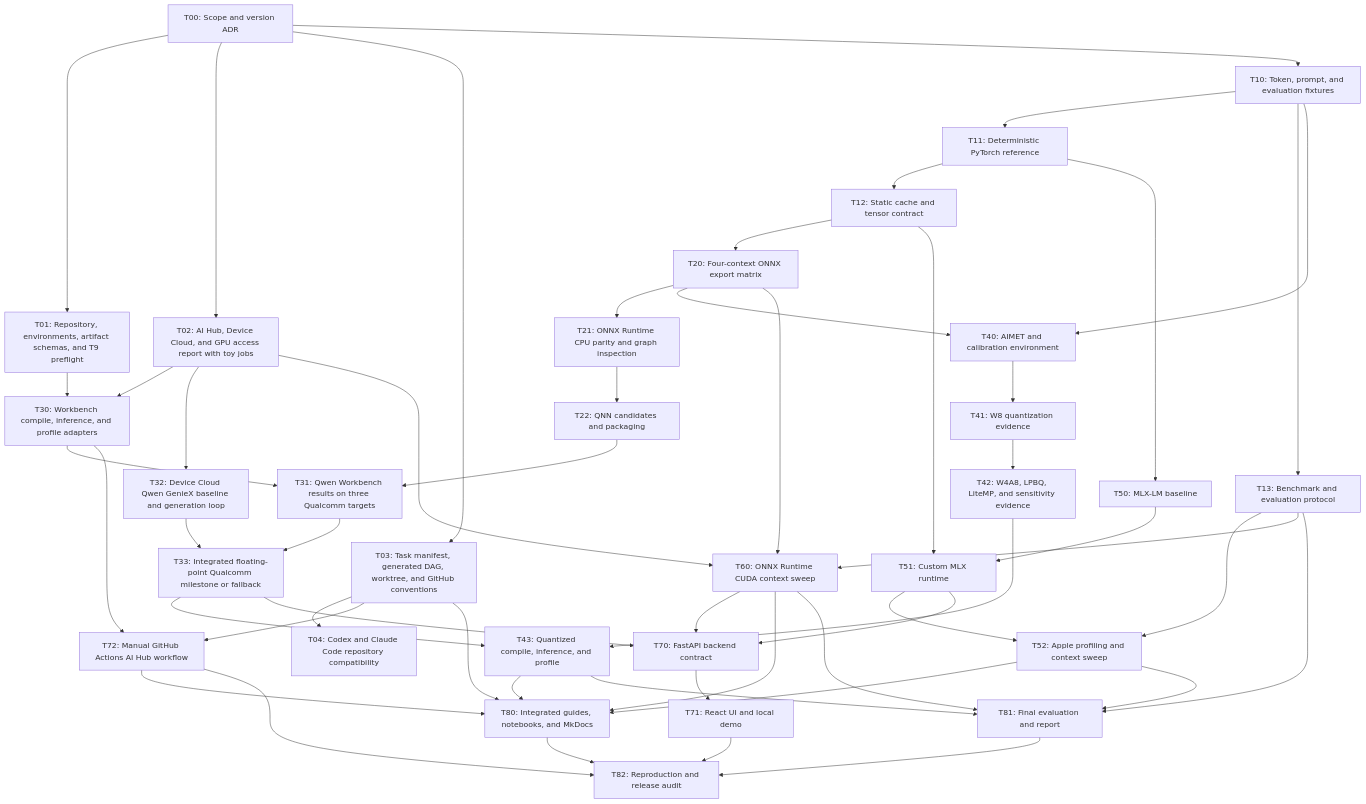
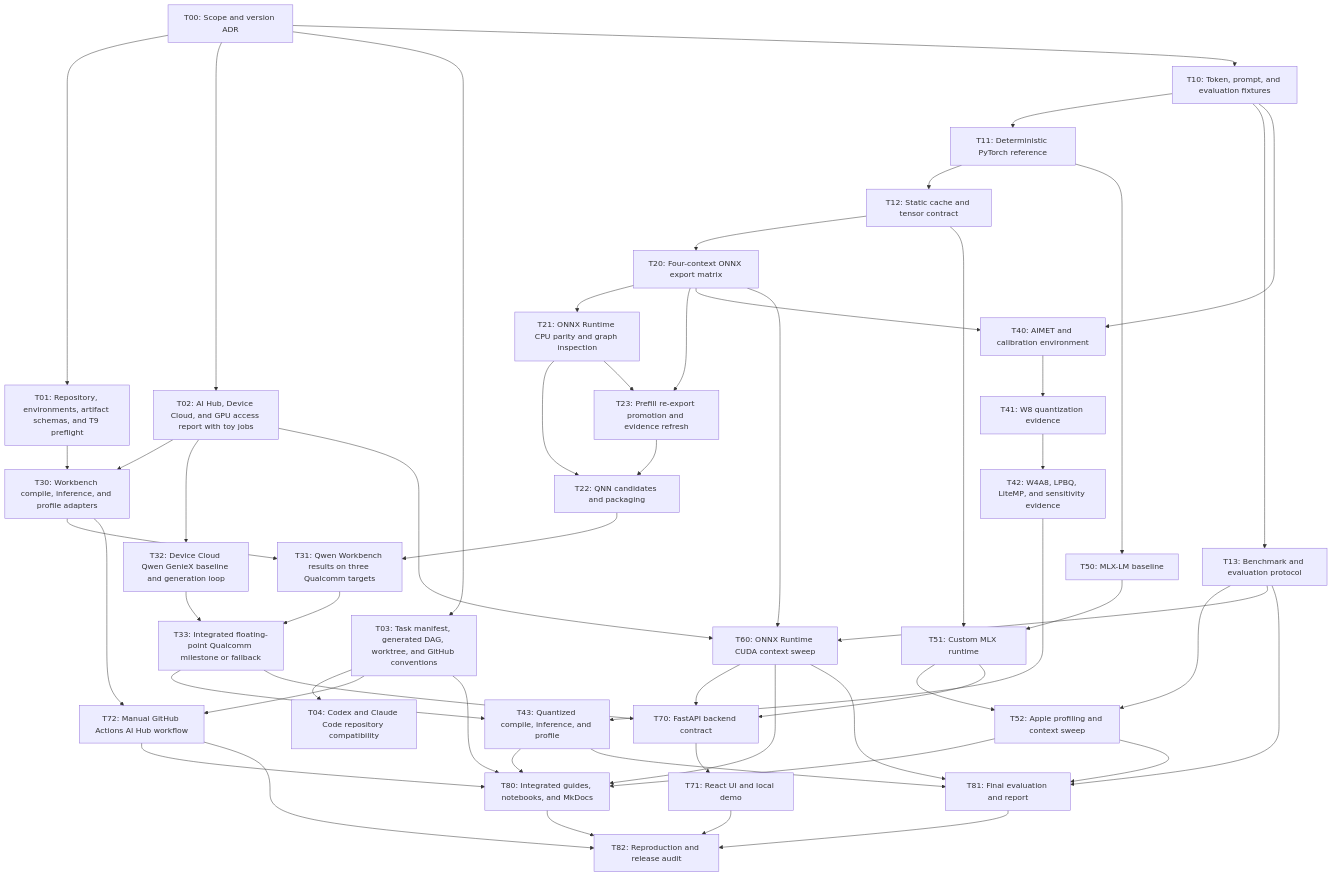
The first of 2 diagrams in ai/tasks/status.generated.md (chayut-t/slm-deployment-lab), drawn with Mermaid before and after one commit. The commit also changed other lines of this file and 5 other files, not shown here.

```diff
--- a/ai/tasks/status.generated.md
+++ b/ai/tasks/status.generated.md
@@ -20,6 +20,7 @@
     T20["T20: Four-context ONNX export matrix"]
     T21["T21: ONNX Runtime CPU parity and graph inspection"]
     T22["T22: QNN candidates and packaging"]
+    T23["T23: Prefill re-export promotion and evidence refresh"]
     T30["T30: Workbench compile, inference, and profile adapters"]
     T31["T31: Qwen Workbench results on three Qualcomm targets"]
     T32["T32: Device Cloud Qwen GenieX baseline and generation loop"]
@@ -49,6 +50,9 @@
     T12 --> T20
     T20 --> T21
     T21 --> T22
+    T23 --> T22
+    T20 --> T23
+    T21 --> T23
     T01 --> T30
     T02 --> T30
     T22 --> T31
```
